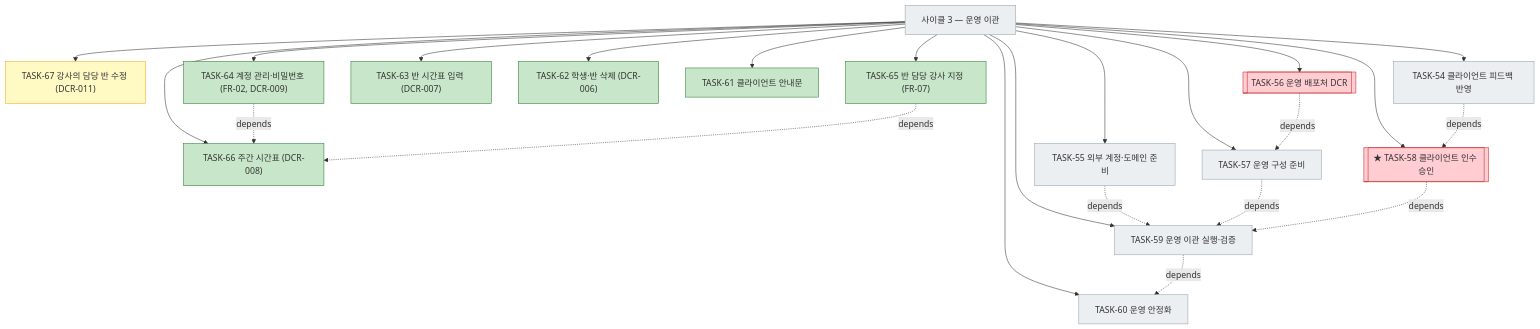
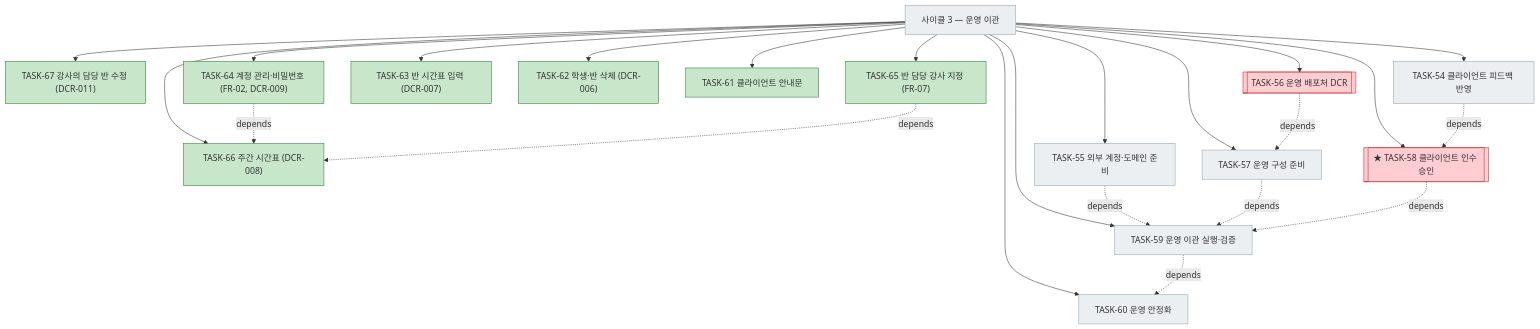
One commit to bluesky5008/mathdesk changed the fourth of 5 diagrams in docs/plan.md. Above: the diagram before and after it, drawn with Mermaid. The commit also changed other lines of this file and 5 other files, not shown here.

First line of the commit message:
feat: 강사의 담당 반 이름·학년·시간표 수정 (TASK-67, DCR-011)

````diff
--- a/docs/plan.md
+++ b/docs/plan.md
@@ -239,30 +239,30 @@
 ```mermaid
 flowchart TD
     C3["사이클 3 — 운영 이관"]:::todo
-    C3 --> T67["TASK-67 강사의 담당 반 수정 (DCR-011)"]:::active
+    C3 --> T67["TASK-67 강사의 담당 반 수정 (DCR-011)"]:::done
     C3 --> T64["TASK-64 계정 관리·비밀번호 (FR-02, DCR-009)"]:::done
     C3 --> T65["TASK-65 반 담당 강사 지정 (FR-07)"]:::done
     C3 --> T66["TASK-66 주간 시간표 (DCR-008)"]:::done
     T64 -. depends .-> T66
     T65 -. depends .-> T66
     C3 --> T63["TASK-63 반 시간표 입력 (DCR-007)"]:::done
     C3 --> T62["TASK-62 학생·반 삭제 (DCR-006)"]:::done
     C3 --> T61["TASK-61 클라이언트 안내문"]:::done
     C3 --> T54["TASK-54 클라이언트 피드백 반영"]:::todo
     C3 --> T55["TASK-55 외부 계정·도메인 준비"]:::todo
     C3 --> T56[["TASK-56 운영 배포처 DCR"]]:::gate
     C3 --> T57["TASK-57 운영 구성 준비"]:::todo
     C3 --> T58[["★ TASK-58 클라이언트 인수 승인"]]:::gate
     C3 --> T59["TASK-59 운영 이관 실행·검증"]:::todo
     C3 --> T60["TASK-60 운영 안정화"]:::todo
     T56 -. depends .-> T57
     T54 -. depends .-> T58
     T55 -. depends .-> T59
     T57 -. depends .-> T59
     T58 -. depends .-> T59
     T59 -. depends .-> T60
     classDef done fill:#c8e6c9,stroke:#2e7d32
     classDef active fill:#fff9c4,stroke:#f9a825
     classDef todo fill:#eceff1,stroke:#90a4ae
     classDef gate fill:#ffcdd2,stroke:#c62828
 ```
````
